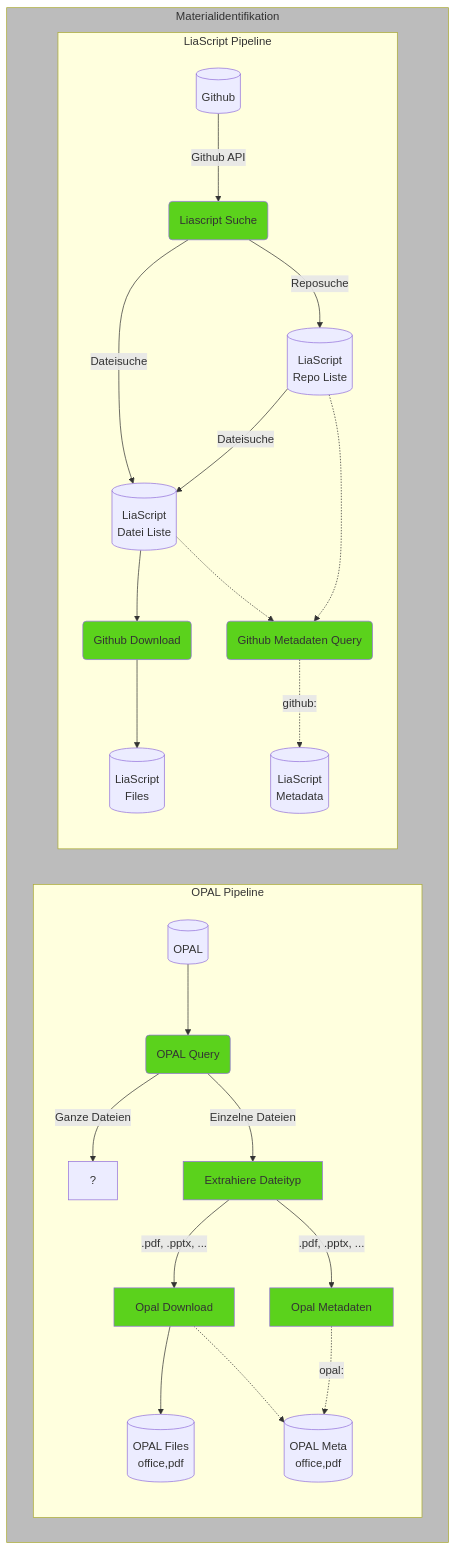
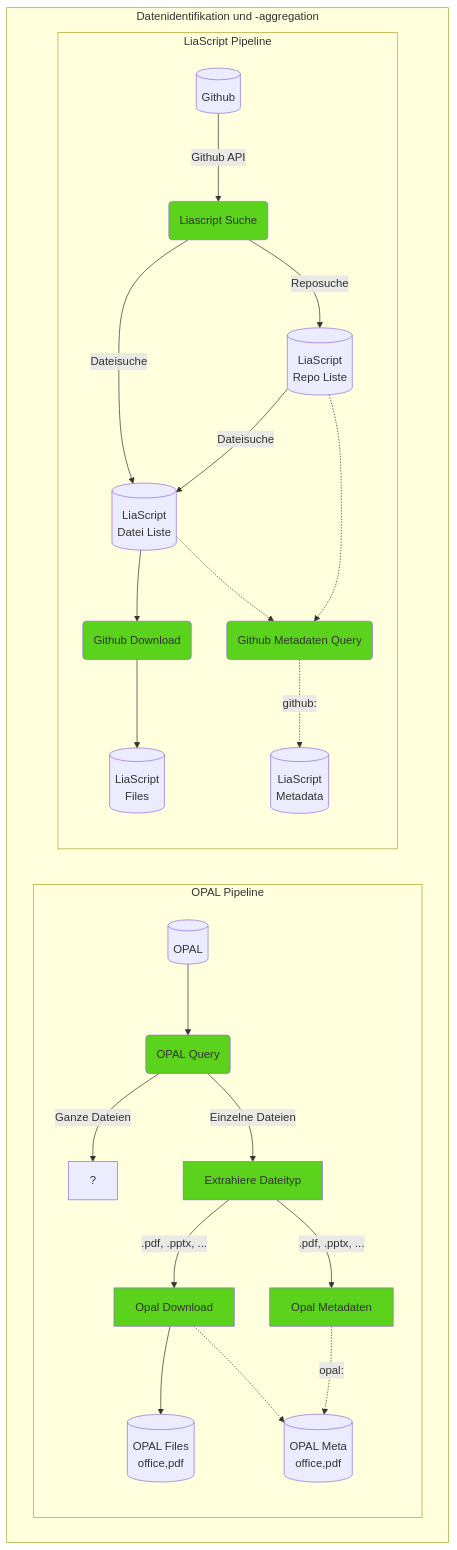
Before and after one commit to TUBAF-IFI-ConnectedLecturer/Data_aggregation: the diagram in README.md, drawn with Mermaid.

````diff
--- a/README.md
+++ b/README.md
@@ -47,39 +47,39 @@
 ```mermaid
 flowchart TD
 
     classDef green fill:#5bd21c
     classDef yellow fill:#ffd966
     classDef gray fill:#bcbcbc
 
-    subgraph Materialidentifikation
+    subgraph Datenidentifikation und -aggregation
     subgraph OPAL Pipeline  
     direction TB
     OPAL[(OPAL)] --> OPAL_QUERY(OPAL Query):::green
     OPAL_QUERY --> |Ganze  Dateien| OPAL_REPOS[?]
     OPAL_QUERY --> |Einzelne Dateien| TYPE_FILTER[Extrahiere Dateityp]:::green
     TYPE_FILTER -->  |.pdf, .pptx, ... | OPAL_DOWNLOAD[Opal Download]:::green
     TYPE_FILTER -->  |.pdf, .pptx, ... | EXTRACT_OPAL_META[Opal Metadaten]:::green
     OPAL_DOWNLOAD -->  OPAL_FILES[(OPAL Files\noffice,pdf)]
     OPAL_DOWNLOAD -.->  OPAL_METADATA_FILES[(OPAL Meta\noffice,pdf)]
     EXTRACT_OPAL_META -. opal: .->  OPAL_METADATA_FILES[(OPAL Meta\noffice,pdf)]
     end    
 
     subgraph LiaScript Pipeline
     direction TB
     LIA_IDENT(Liascript Suche)
     GITHUB[(Github)] --> |Github API| LIA_IDENT:::green
     LIA_REPOS --> |Dateisuche| LIA_FILES
     LIA_IDENT --> |Dateisuche| LIA_FILES[(LiaScript\nDatei Liste)]
     LIA_IDENT --> |Reposuche| LIA_REPOS[(LiaScript\nRepo Liste)]
 
     LIA_FILES -->  GITHUB_DOWNLOAD(Github Download):::green
     GITHUB_DOWNLOAD -->  LIA_FILES_[(LiaScript\nFiles)]
     LIA_REPOS -.-> FEATURE_EXTRACTION_LIA(Github Metadaten Query)
     FEATURE_EXTRACTION_LIA  -. github: .->  LIA_METADATA_FILES[(LiaScript\nMetadata)]
     LIA_FILES -.-> FEATURE_EXTRACTION_LIA
     FEATURE_EXTRACTION_LIA:::green
     end  
     end
 
     class Materialidentifikation, gray
 ```
````
